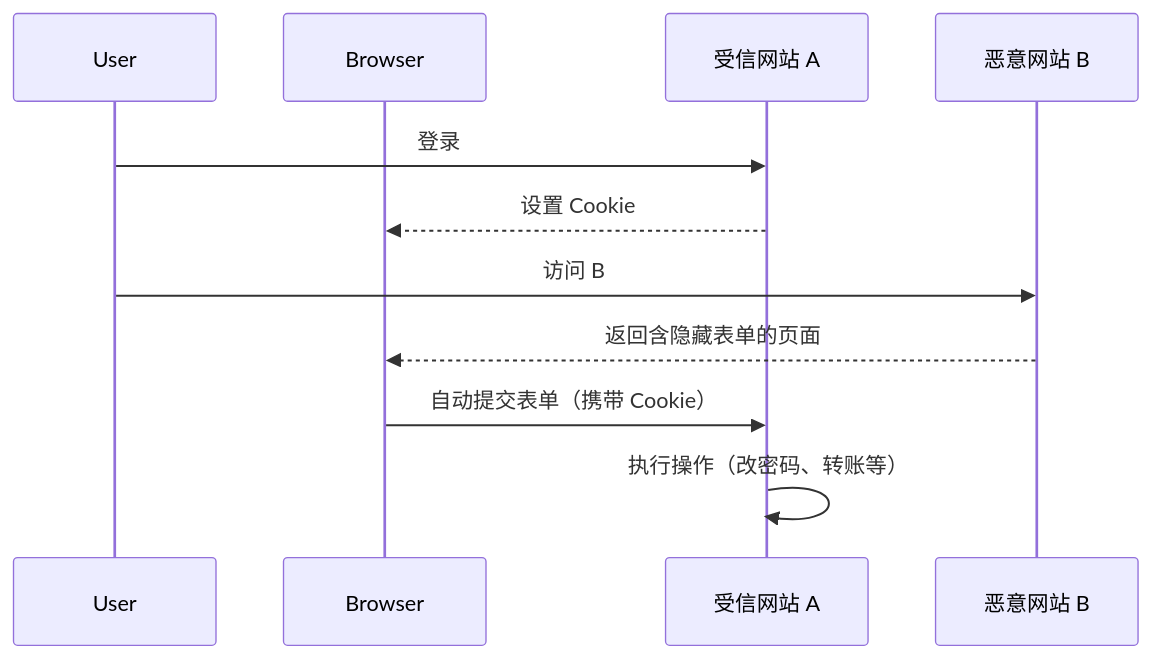
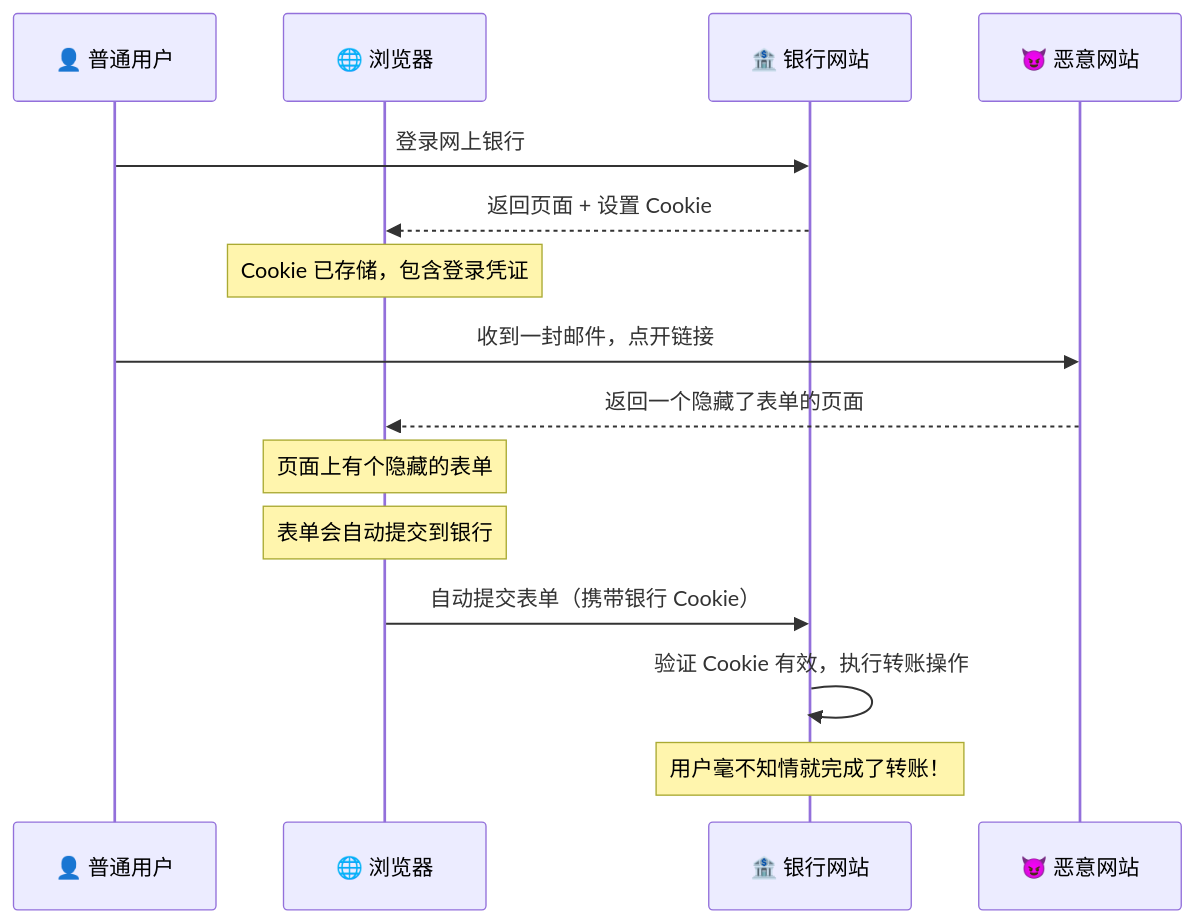
Before and after one commit to zhangshichuan/maxzhang.site: the first of 14 diagrams in articles/zh/nodejs-security-guide.mdx, drawn with Mermaid. The commit also changed other lines of this file and 1 other file, not shown here.

````diff
--- a/articles/zh/nodejs-security-guide.mdx
+++ b/articles/zh/nodejs-security-guide.mdx
@@ -23,14 +50,20 @@
 ```mermaid
 sequenceDiagram
-    participant User
-    participant Browser
-    participant TrustedSite as 受信网站 A
-    participant MaliciousSite as 恶意网站 B
+    participant User as 👤 普通用户
+    participant Browser as 🌐 浏览器
+    participant Bank as 🏦 银行网站
+    participant Evil as 😈 恶意网站
 
-    User->>TrustedSite: 登录
-    TrustedSite-->>Browser: 设置 Cookie
-    User->>MaliciousSite: 访问 B
-    MaliciousSite-->>Browser: 返回含隐藏表单的页面
-    Browser->>TrustedSite: 自动提交表单（携带 Cookie）
-    TrustedSite->>TrustedSite: 执行操作（改密码、转账等）
+    User->>Bank: 登录网上银行
+    Bank-->>Browser: 返回页面 + 设置 Cookie
+    Note over Browser: Cookie 已存储，包含登录凭证
+
+    User->>Evil: 收到一封邮件，点开链接
+    Evil-->>Browser: 返回一个隐藏了表单的页面
+    Note over Browser: 页面上有个隐藏的表单
+    Note over Browser: 表单会自动提交到银行
+
+    Browser->>Bank: 自动提交表单（携带银行 Cookie）
+    Bank->>Bank: 验证 Cookie 有效，执行转账操作
+    Note over Bank: 用户毫不知情就完成了转账！
 ```
````
